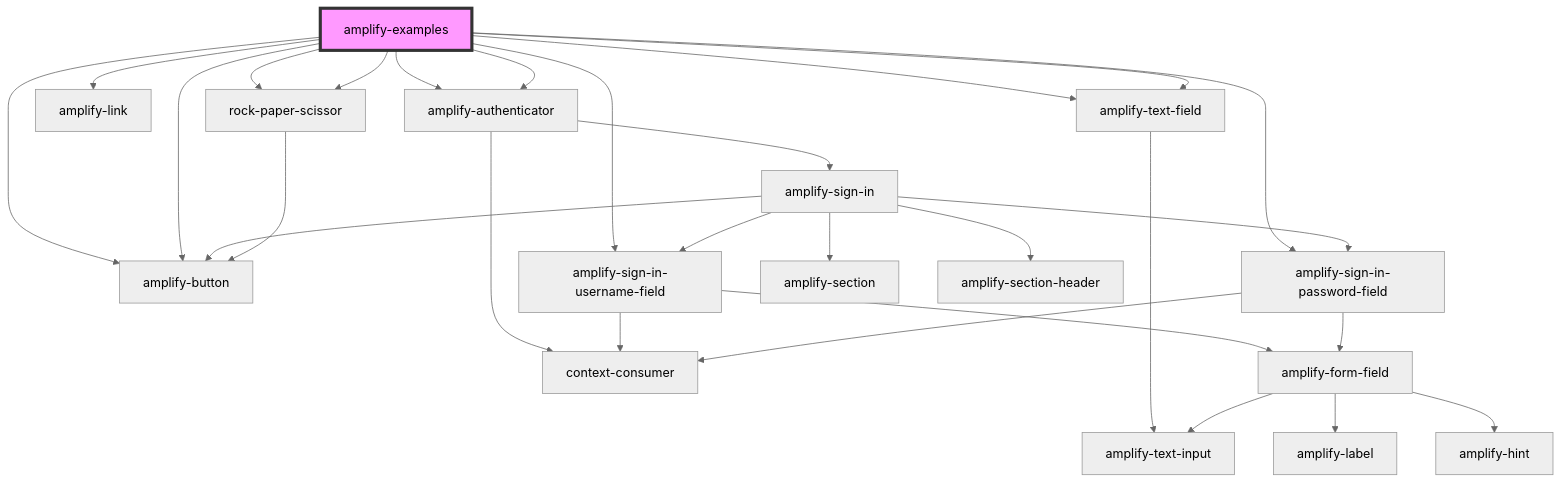
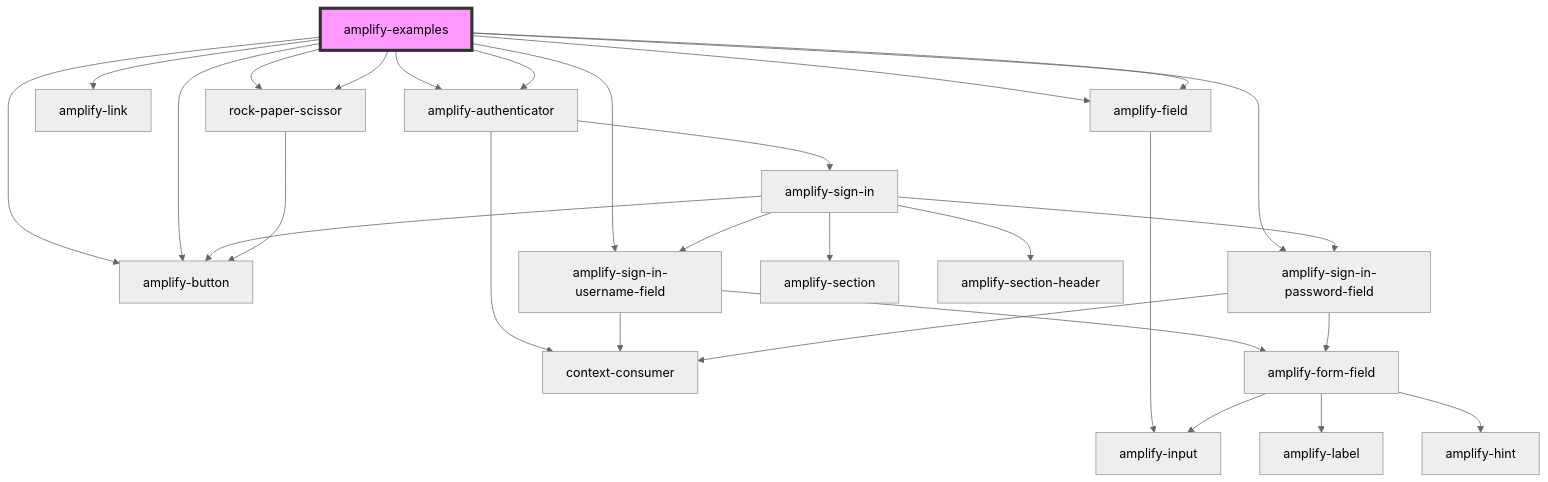
One commit to OneDev0411/amplify-js changed the diagram in packages/amplify-ui-components/src/components/amplify-examples/readme.md. Above: the diagram before and after it, drawn with Mermaid (neutral theme). The commit also changed other lines of this file and 19 other files, not shown here.

Commit message:
AmplifyTextField & AmplifyTextInput -> AmplifyField & AmplifyInput Also removed inputProps in favor of individual props and fixed accessibility issue

````diff
--- a/packages/amplify-ui-components/src/components/amplify-examples/readme.md
+++ b/packages/amplify-ui-components/src/components/amplify-examples/readme.md
@@ -25,31 +25,31 @@
 ```mermaid
 graph TD;
-  amplify-examples --> amplify-text-field
-  amplify-examples --> amplify-text-field
+  amplify-examples --> amplify-field
+  amplify-examples --> amplify-field
   amplify-examples --> amplify-button
   amplify-examples --> amplify-link
   amplify-examples --> amplify-authenticator
   amplify-examples --> amplify-sign-in-username-field
   amplify-examples --> amplify-sign-in-password-field
   amplify-examples --> amplify-button
   amplify-examples --> amplify-authenticator
   amplify-examples --> rock-paper-scissor
   amplify-examples --> rock-paper-scissor
-  amplify-text-field --> amplify-text-input
+  amplify-field --> amplify-input
   amplify-authenticator --> amplify-sign-in
   amplify-authenticator --> context-consumer
   amplify-sign-in --> amplify-section
   amplify-sign-in --> amplify-section-header
   amplify-sign-in --> amplify-sign-in-username-field
   amplify-sign-in --> amplify-sign-in-password-field
   amplify-sign-in --> amplify-button
   amplify-sign-in-username-field --> amplify-form-field
   amplify-sign-in-username-field --> context-consumer
   amplify-form-field --> amplify-label
-  amplify-form-field --> amplify-text-input
+  amplify-form-field --> amplify-input
   amplify-form-field --> amplify-hint
   amplify-sign-in-password-field --> amplify-form-field
   amplify-sign-in-password-field --> context-consumer
   rock-paper-scissor --> amplify-button
   style amplify-examples fill:#f9f,stroke:#333,stroke-width:4px
 ```
````
